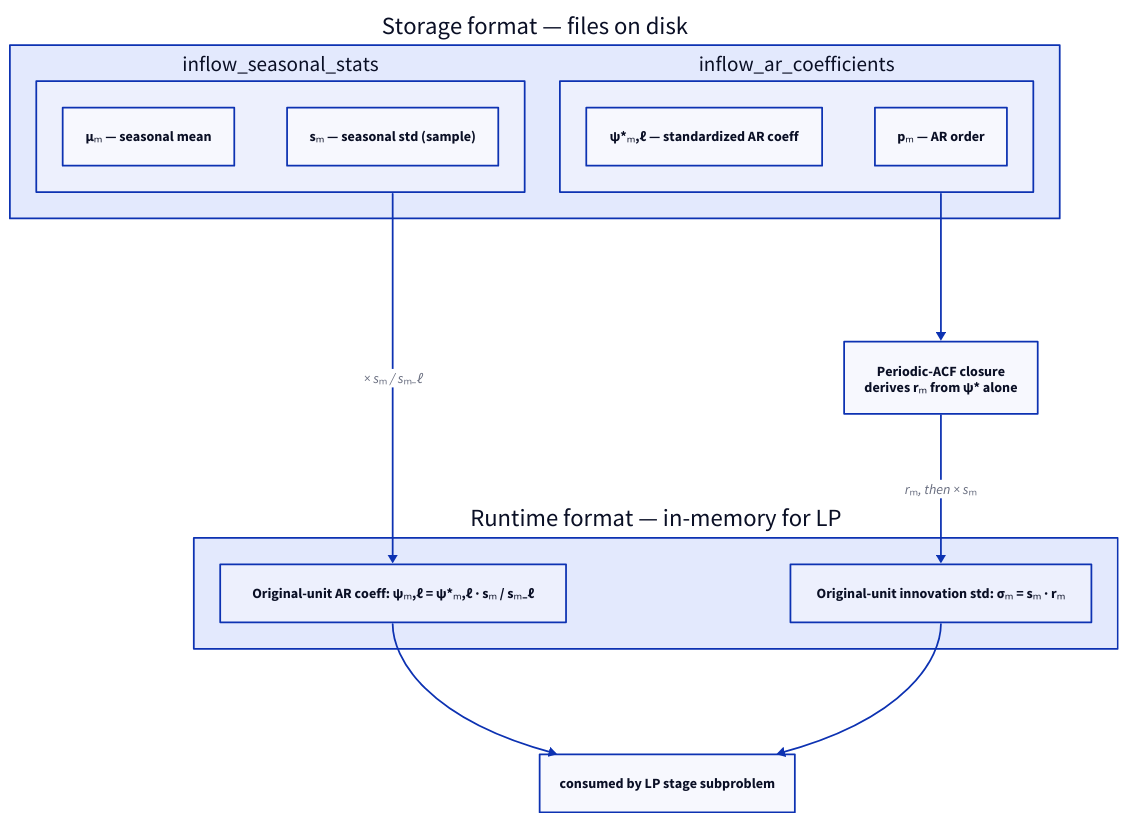
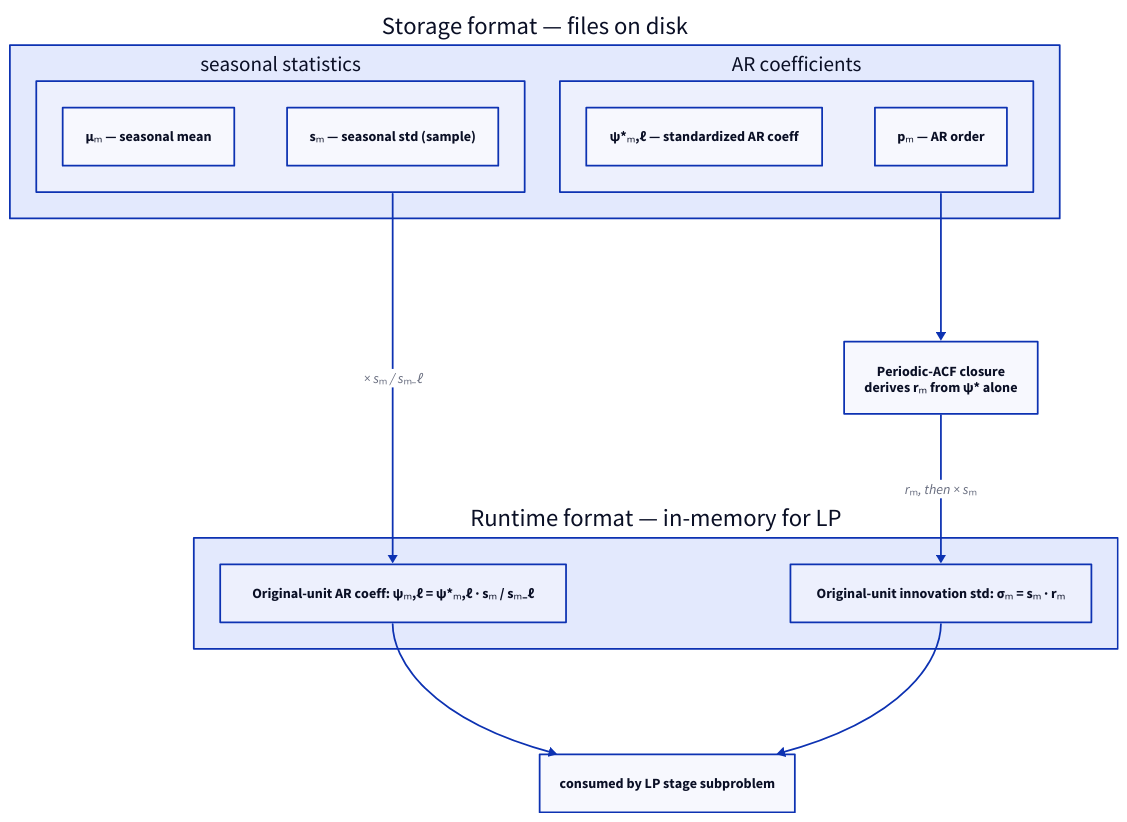
Before and after one commit to cobre-rs/cobre-docs: the first of 2 diagrams in src/content/docs/math/par-inflow-model.mdx, drawn with D2. The commit also changed other lines of this file and 31 other files, not shown here.

````diff
--- a/src/content/docs/math/par-inflow-model.mdx
+++ b/src/content/docs/math/par-inflow-model.mdx
@@ -69,29 +70,29 @@
 ```d2
 direction: down
 
 storage: "Storage format — files on disk" {
-  stats: "inflow_seasonal_stats" {
+  stats: "seasonal statistics" {
     f1: "μₘ  —  seasonal mean"
     f2: "sₘ  —  seasonal std (sample)"
   }
-  arcoef: "inflow_ar_coefficients" {
+  arcoef: "AR coefficients" {
     f1: "ψ*ₘ,ℓ  —  standardized AR coeff"
     f2: "pₘ  —  AR order"
   }
 }
 
 closure: "Periodic-ACF closure\nderives rₘ from ψ* alone"
 
 runtime: "Runtime format — in-memory for LP" {
   psi: "Original-unit AR coeff:  ψₘ,ℓ = ψ*ₘ,ℓ · sₘ / sₘ₋ℓ"
   sigma: "Original-unit innovation std:  σₘ = sₘ · rₘ"
 }
 
 lp: "consumed by LP stage subproblem"
 
 storage.stats -> runtime.psi: "× sₘ / sₘ₋ℓ"
 storage.arcoef -> closure
 closure -> runtime.sigma: "rₘ, then × sₘ"
 runtime.psi -> lp
 runtime.sigma -> lp
 ```
````
